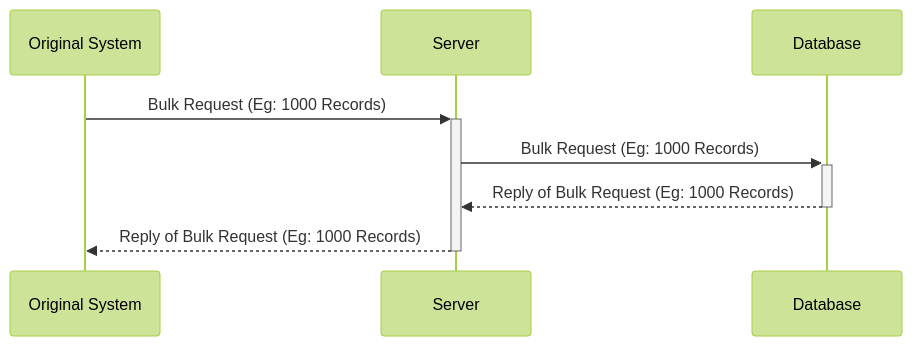
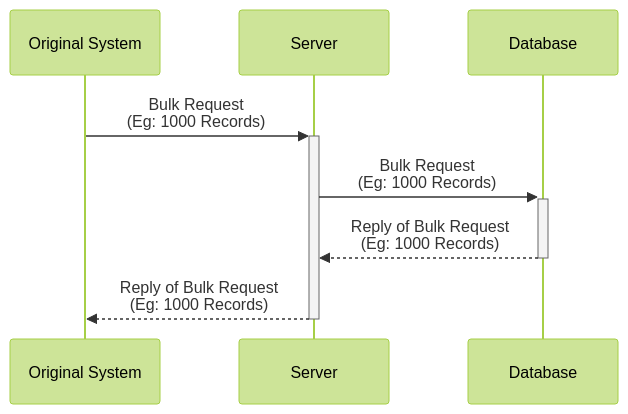
One commit to ankschoubey/old-blog changed the second of 4 diagrams in _posts/dev-life/performance/2023-08-05-v1-migration-microservice.md. Above: the diagram before and after it, drawn with Mermaid (forest theme). The commit also changed other lines of this file, not shown here.

````diff
--- a/_posts/dev-life/performance/2023-08-05-v1-migration-microservice.md
+++ b/_posts/dev-life/performance/2023-08-05-v1-migration-microservice.md
@@ -52,7 +54,7 @@
 ```mermaid
 sequenceDiagram
-    Original System->>+Server: Bulk Request (Eg: 1000 Records)
-    Server->>+Database: Bulk Request (Eg:  1000 Records)
-    Database-->>-Server: Reply of Bulk Request (Eg:  1000 Records)
-    Server-->>-Original System: Reply of Bulk Request (Eg:  1000 Records)
+    Original System->>+Server: Bulk Request<br>(Eg: 1000 Records)
+    Server->>+Database: Bulk Request<br>(Eg:  1000 Records)
+    Database-->>-Server: Reply of Bulk Request <br>(Eg:  1000 Records)
+    Server-->>-Original System: Reply of Bulk Request<br>(Eg: 1000 Records)
 ```
````
